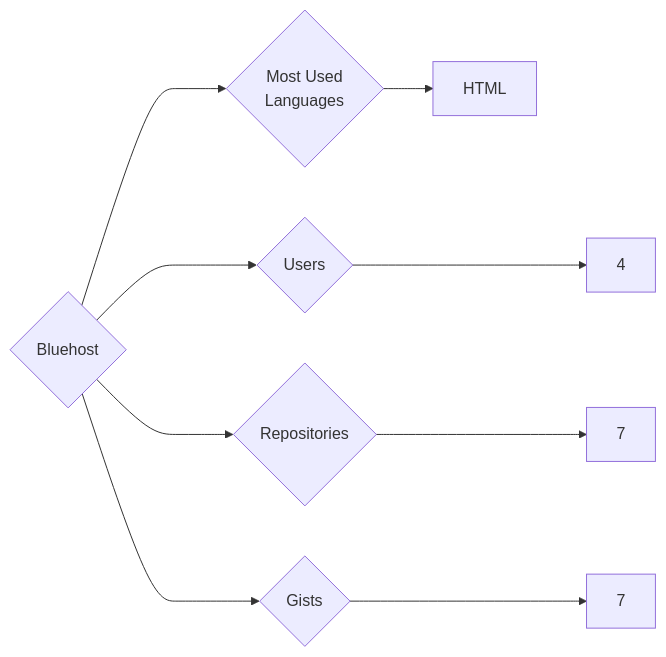
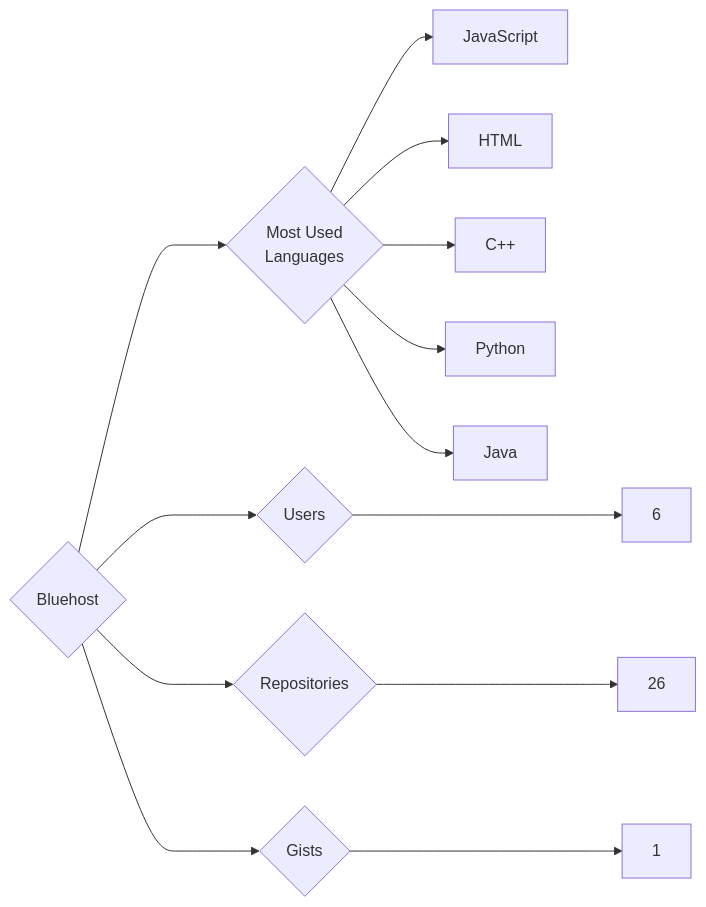
One commit to trickest/insiders changed the diagram in targets/Bluehost/README.md. Above: the diagram before and after it, drawn with Mermaid. The commit also changed 857 other files, not shown here.

````diff
--- a/targets/Bluehost/README.md
+++ b/targets/Bluehost/README.md
@@ -3,9 +3,13 @@
 ```mermaid
 graph LR
 COMPANY_NAME{Bluehost}
-COMPANY_NAME ---> U{Users} ---> UN[4]
-COMPANY_NAME ---> R{Repositories} ---> RN[7]
-COMPANY_NAME ---> G{Gists} ---> GN[7]
+COMPANY_NAME ---> U{Users} ---> UN[6]
+COMPANY_NAME ---> R{Repositories} ---> RN[26]
+COMPANY_NAME ---> G{Gists} ---> GN[1]
 COMPANY_NAME ---> ML{Most Used<br>Languages}
+ML --> JavaScript[JavaScript]
 ML --> HTML[HTML]
+ML --> C++[C++]
+ML --> Python[Python]
+ML --> Java[Java]
 ```
````
